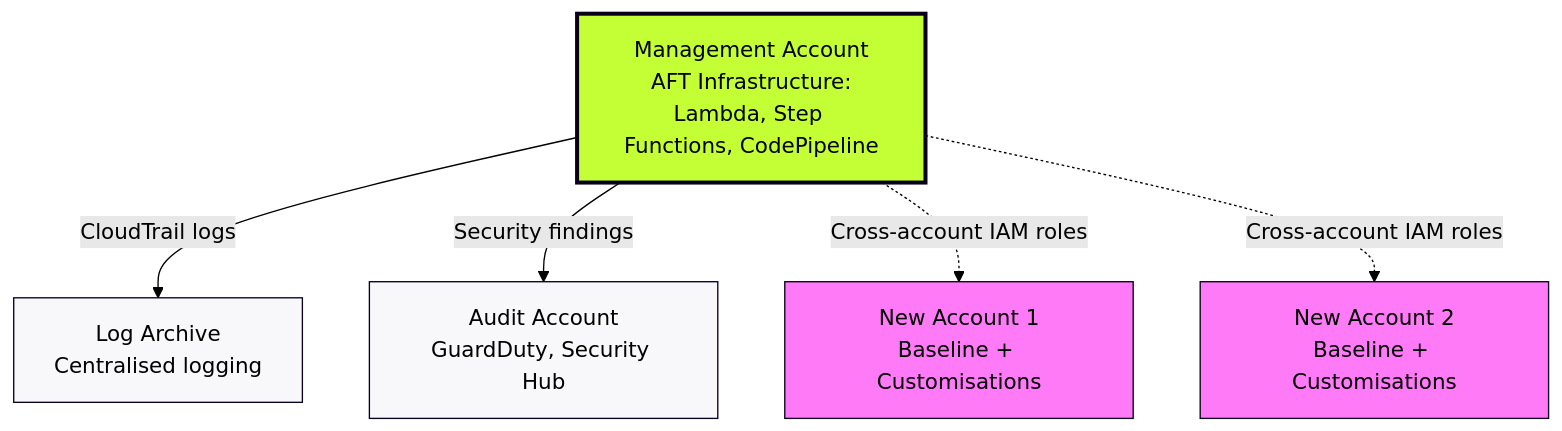
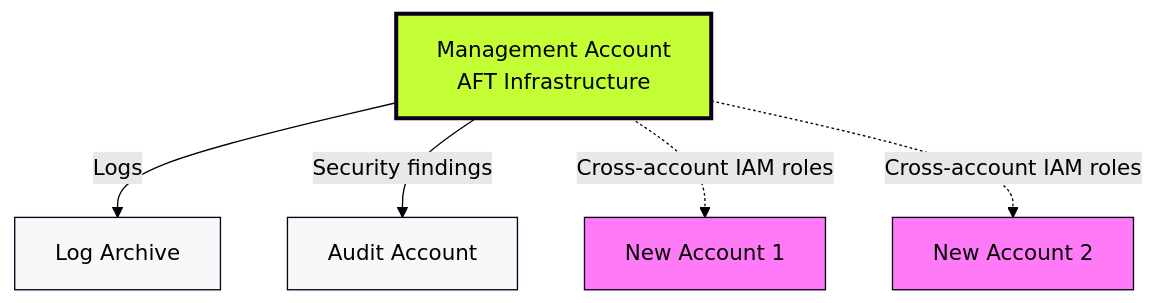
One commit to ken-createfuture-demo/aft-demo-presentation changed the first of 3 diagrams in slides/02-architecture.md. Above: the diagram before and after it, drawn with Mermaid (forest theme). The commit also changed other lines of this file, not shown here.

Commit message:
Add AFT presentation with slides and documentation

````diff
--- a/slides/02-architecture.md
+++ b/slides/02-architecture.md
@@ -36,14 +18,14 @@
 ```mermaid
 graph TB
-    MA[Management Account<br/>AFT Infrastructure:<br/>Lambda, Step Functions, CodePipeline] 
-    MA -->|CloudTrail logs| LA[Log Archive<br/>Centralised logging]
-    MA -->|Security findings| AA[Audit Account<br/>GuardDuty, Security Hub]
-    MA -.->|Cross-account IAM roles| NA1[New Account 1<br/>Baseline + Customisations]
-    MA -.->|Cross-account IAM roles| NA2[New Account 2<br/>Baseline + Customisations]
+    MA[Management Account<br/>AFT Infrastructure] 
+    MA -->|Logs| LA[Log Archive]
+    MA -->|Security findings| AA[Audit Account]
+    MA -.Cross-account IAM roles.-> NA1[New Account 1]
+    MA -.Cross-account IAM roles.-> NA2[New Account 2]
     
     style MA fill:#C3FF34,stroke:#0A001A,stroke-width:3px
     style LA fill:#F8F8FA,stroke:#0A001A
     style AA fill:#F8F8FA,stroke:#0A001A
     style NA1 fill:#FE7AF6,stroke:#0A001A
     style NA2 fill:#FE7AF6,stroke:#0A001A
 ```
````
